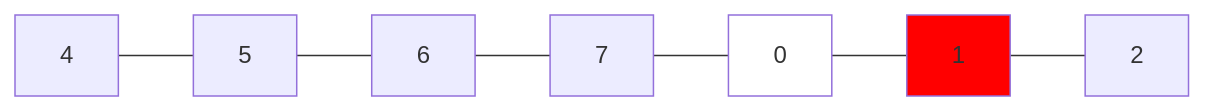
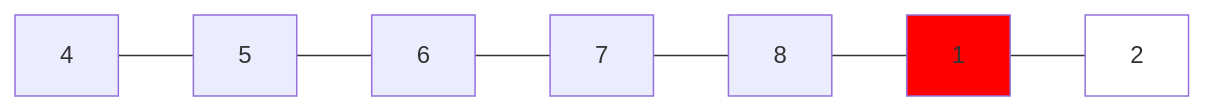
One commit to Hotshot824/Leetcode changed the second of 7 diagrams in Medium/33.Search_in_Rotated_Sorted_Array.md. Above: the diagram before and after it, drawn with Mermaid. The commit also changed other lines of this file and 1 other file, not shown here.

````diff
--- a/Medium/33.Search_in_Rotated_Sorted_Array.md
+++ b/Medium/33.Search_in_Rotated_Sorted_Array.md
@@ -24,10 +25,10 @@
 ```mermaid
 graph LR
 classDef Mid fill:red
 classDef Seq fill:white
 
-    4 --- 5 --- 6 --- 7 --- 0 --- 1 --- 2
+    4 --- 5 --- 6 --- 7 --- 8 --- 1 --- 2
 
 class 1 Mid
-class 0 Seq
+class 2 Seq
 ```
````
